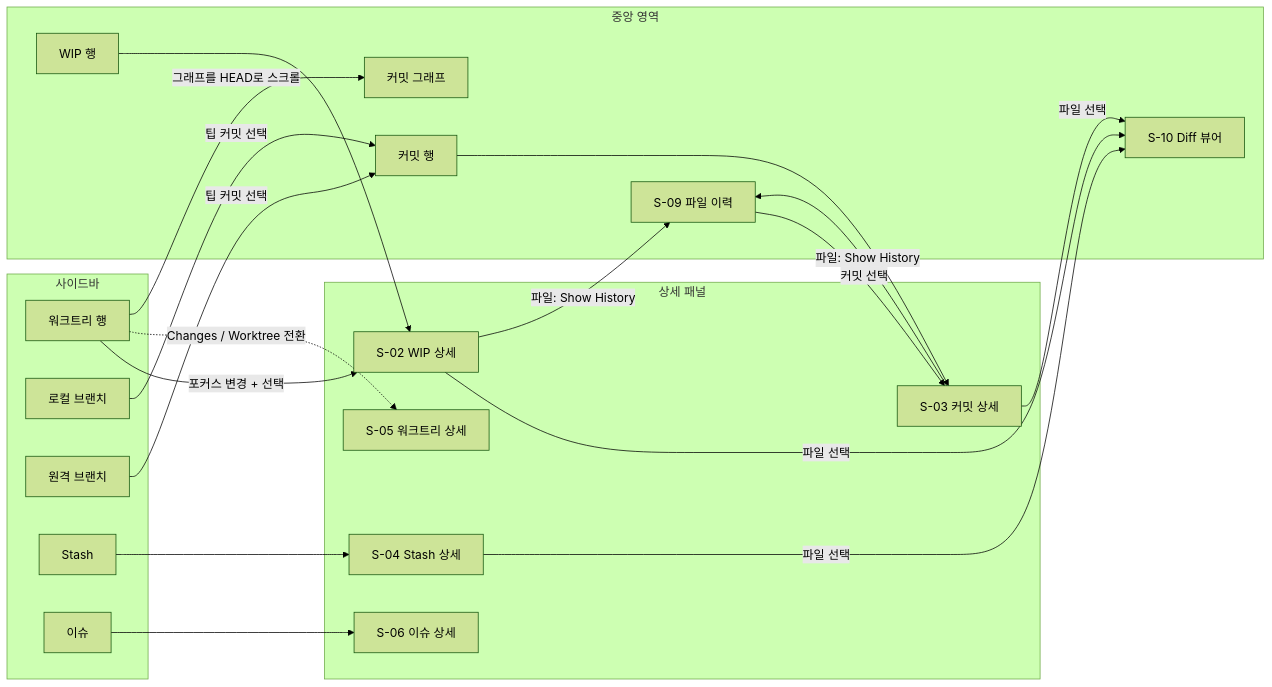
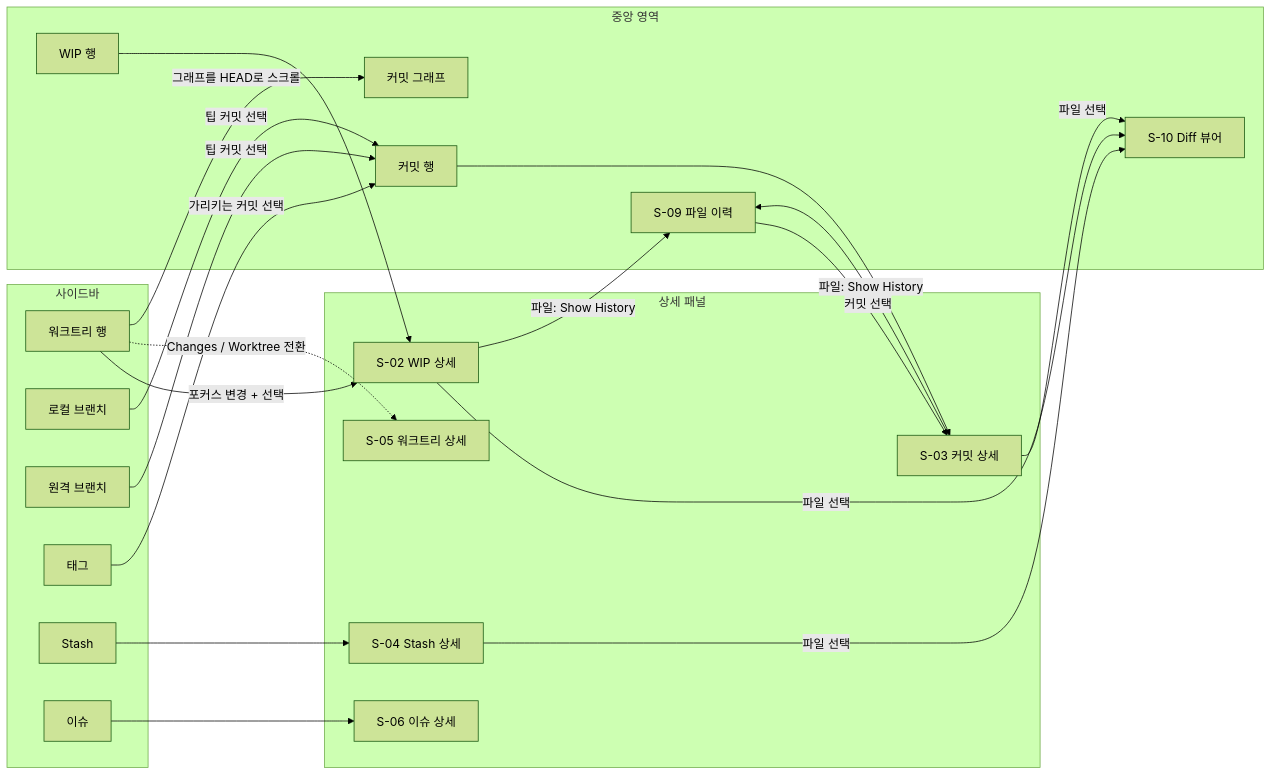
One commit to kkdy21/overgrove changed the second of 2 diagrams in docs/design/information-architecture.md. Above: the diagram before and after it, drawn with Mermaid (forest theme). The commit also changed other lines of this file and 2 other files, not shown here.

````diff
--- a/docs/design/information-architecture.md
+++ b/docs/design/information-architecture.md
@@ -88,40 +89,42 @@
 ```mermaid
 flowchart LR
     subgraph Sidebar[사이드바]
         WT[워크트리 행]
         LB[로컬 브랜치]
         RB[원격 브랜치]
+        TG[태그]
         ST[Stash]
         IS[이슈]
     end
     subgraph Center[중앙 영역]
         G[커밋 그래프]
         WIP[WIP 행]
         CM[커밋 행]
         DV[S-10 Diff 뷰어]
         FH[S-09 파일 이력]
     end
     subgraph Detail[상세 패널]
         S02[S-02 WIP 상세]
         S03[S-03 커밋 상세]
         S04[S-04 Stash 상세]
         S05[S-05 워크트리 상세]
         S06[S-06 이슈 상세]
     end
 
     WT -- "포커스 변경 + 선택" --> S02
     WT -. "Changes / Worktree 전환" .-> S05
     WT -- "그래프를 HEAD로 스크롤" --> G
     LB -- "팁 커밋 선택" --> CM
     RB -- "팁 커밋 선택" --> CM
+    TG -- "가리키는 커밋 선택" --> CM
     CM --> S03
     WIP --> S02
     ST --> S04
     IS --> S06
     S02 -- "파일 선택" --> DV
     S03 -- "파일 선택" --> DV
     S04 -- "파일 선택" --> DV
     S03 -- "파일: Show History" --> FH
     S02 -- "파일: Show History" --> FH
     FH -- "커밋 선택" --> S03
 ```
````
